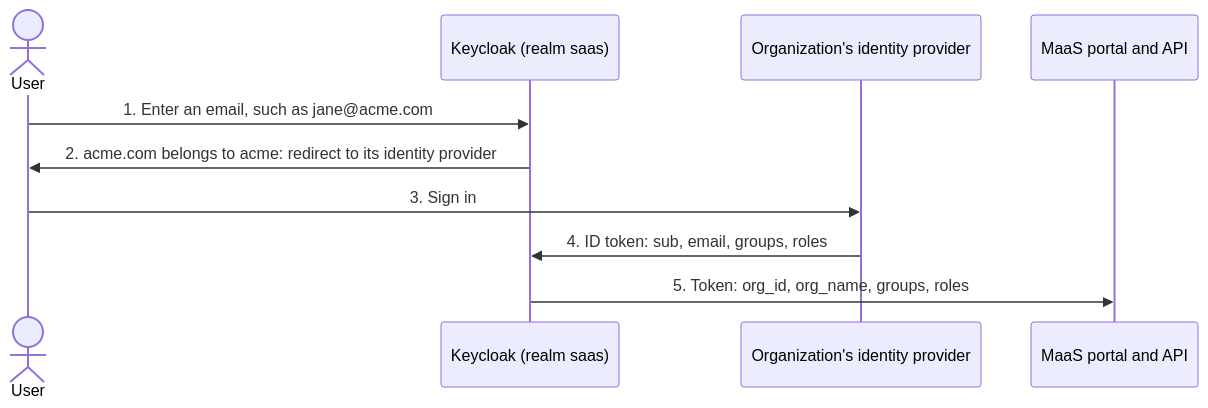
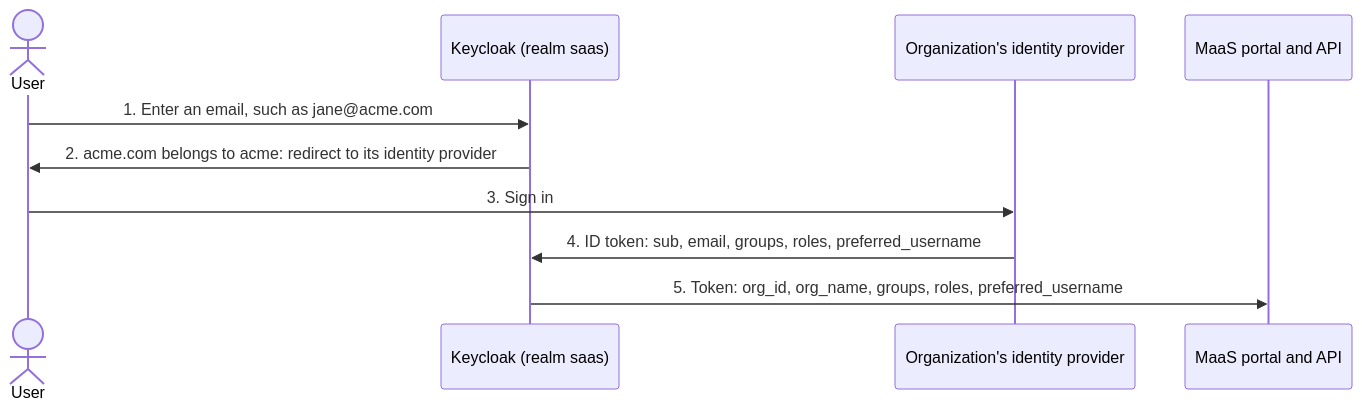
One commit to DaoDaoNoCode/ai-grid-tenant changed the diagram in docs/organization-identity-providers/README.md. Above: the diagram before and after it, drawn with Mermaid. The commit also changed other lines of this file and 1 other file, not shown here.

````diff
--- a/docs/organization-identity-providers/README.md
+++ b/docs/organization-identity-providers/README.md
@@ -7,12 +7,12 @@
 ```mermaid
 sequenceDiagram
     actor User
     participant KC as Keycloak (realm saas)
     participant IdP as Organization's identity provider
     participant MaaS as MaaS portal and API
     User->>KC: 1. Enter an email, such as jane@acme.com
     KC->>User: 2. acme.com belongs to acme: redirect to its identity provider
     User->>IdP: 3. Sign in
-    IdP->>KC: 4. ID token: sub, email, groups, roles
-    KC->>MaaS: 5. Token: org_id, org_name, groups, roles
+    IdP->>KC: 4. ID token: sub, email, groups, roles, preferred_username
+    KC->>MaaS: 5. Token: org_id, org_name, groups, roles, preferred_username
 ```
````
